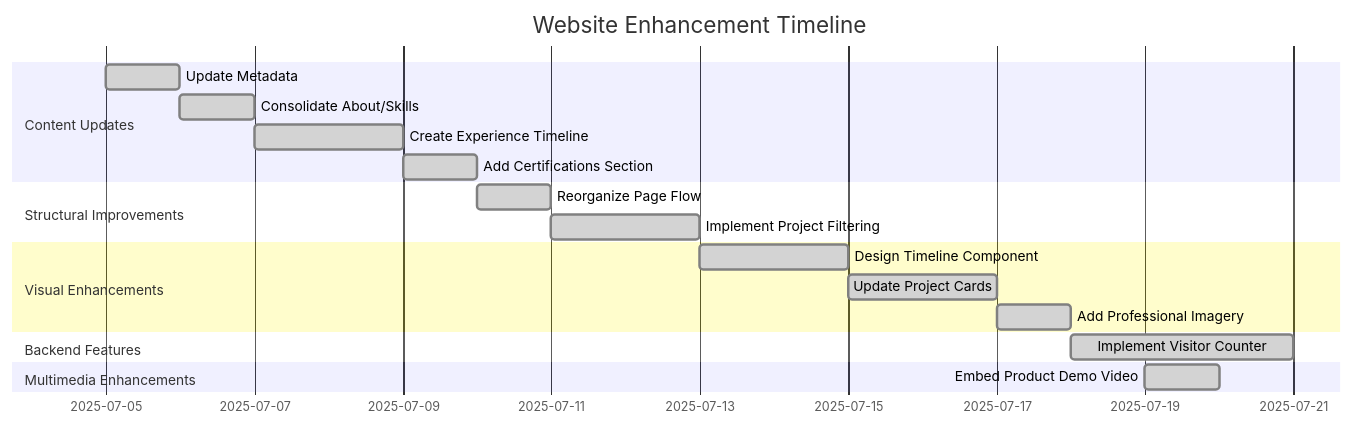
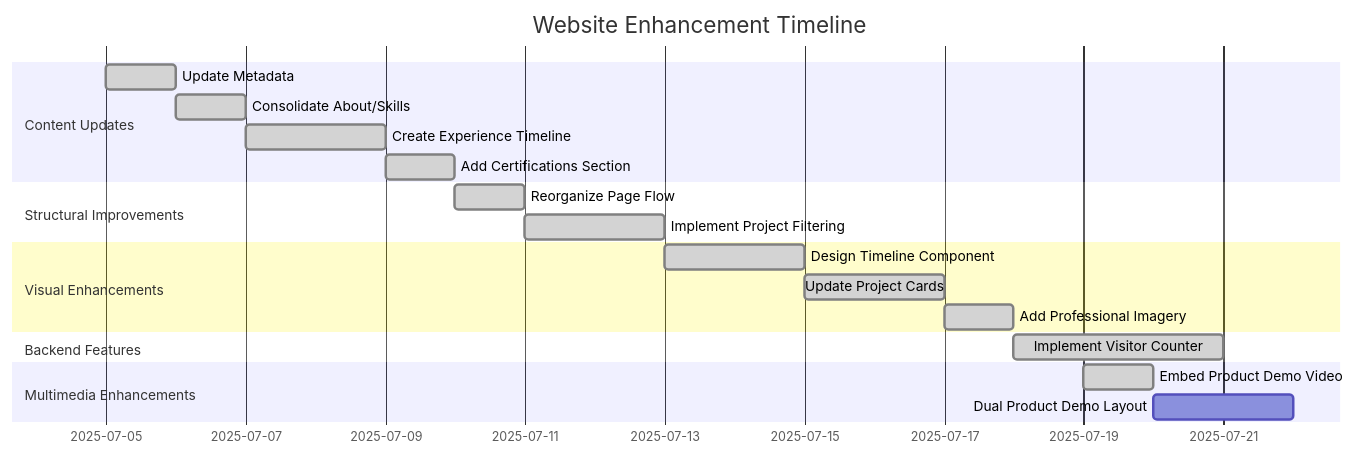
The diagram in docs/website_enhancement_plan.md (Albiemark/my-site), drawn with Mermaid before and after one commit. The commit also changed other lines of this file and 5 other files, not shown here.

````diff
--- a/docs/website_enhancement_plan.md
+++ b/docs/website_enhancement_plan.md
@@ -6,21 +6,22 @@
 ```mermaid
 gantt
     title Website Enhancement Timeline
     dateFormat  YYYY-MM-DD
     section Content Updates
     Update Metadata               :done, des1, 2025-07-05, 1d
     Consolidate About/Skills       :done, des2, 2025-07-06, 1d
     Create Experience Timeline     :done, des3, 2025-07-07, 2d
     Add Certifications Section     :done, des4, 2025-07-09, 1d
     section Structural Improvements
     Reorganize Page Flow          :done, des5, 2025-07-10, 1d
     Implement Project Filtering    :done, des6, 2025-07-11, 2d
     section Visual Enhancements
     Design Timeline Component     :done, des7, 2025-07-13, 2d
     Update Project Cards          :done, des8, 2025-07-15, 2d
     Add Professional Imagery      :done, des9, 2025-07-17, 1d
     section Backend Features
     Implement Visitor Counter     :done, des10, 2025-07-18, 3d
     section Multimedia Enhancements
     Embed Product Demo Video      :done, des11, 2025-07-19, 1d
+    Dual Product Demo Layout      :des12, 2025-07-20, 2d
 ```
````
